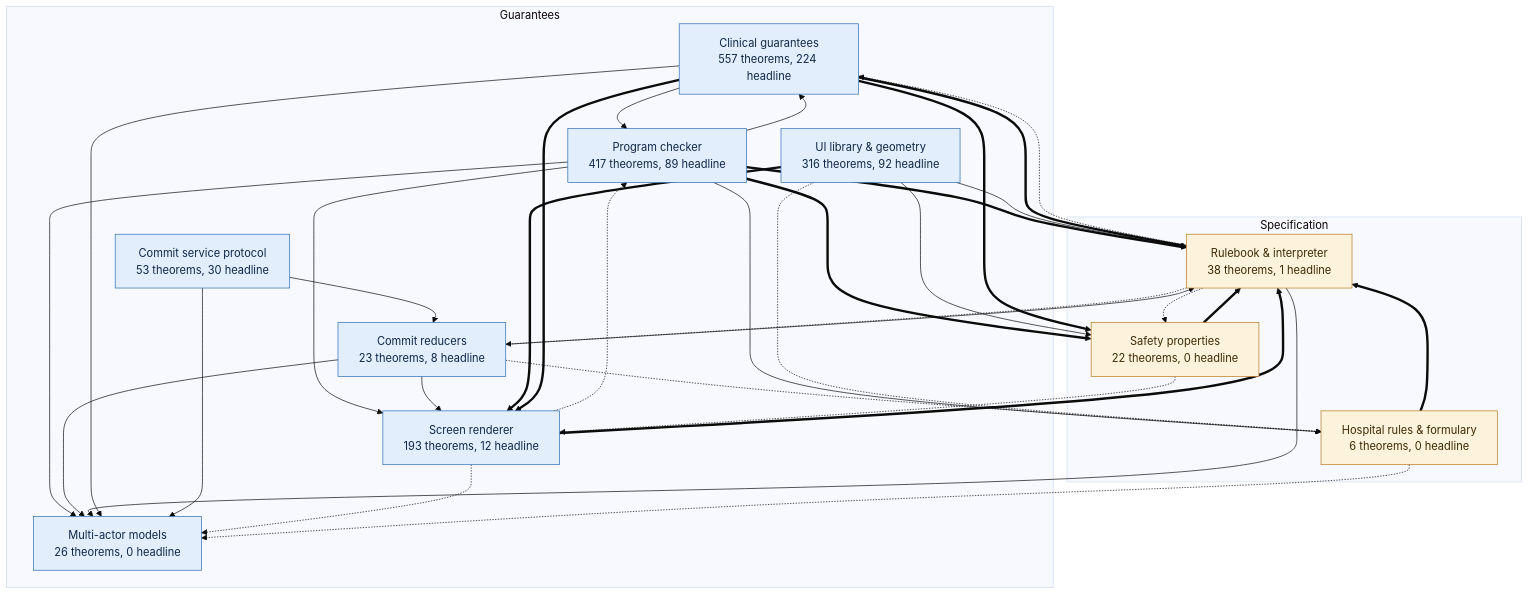
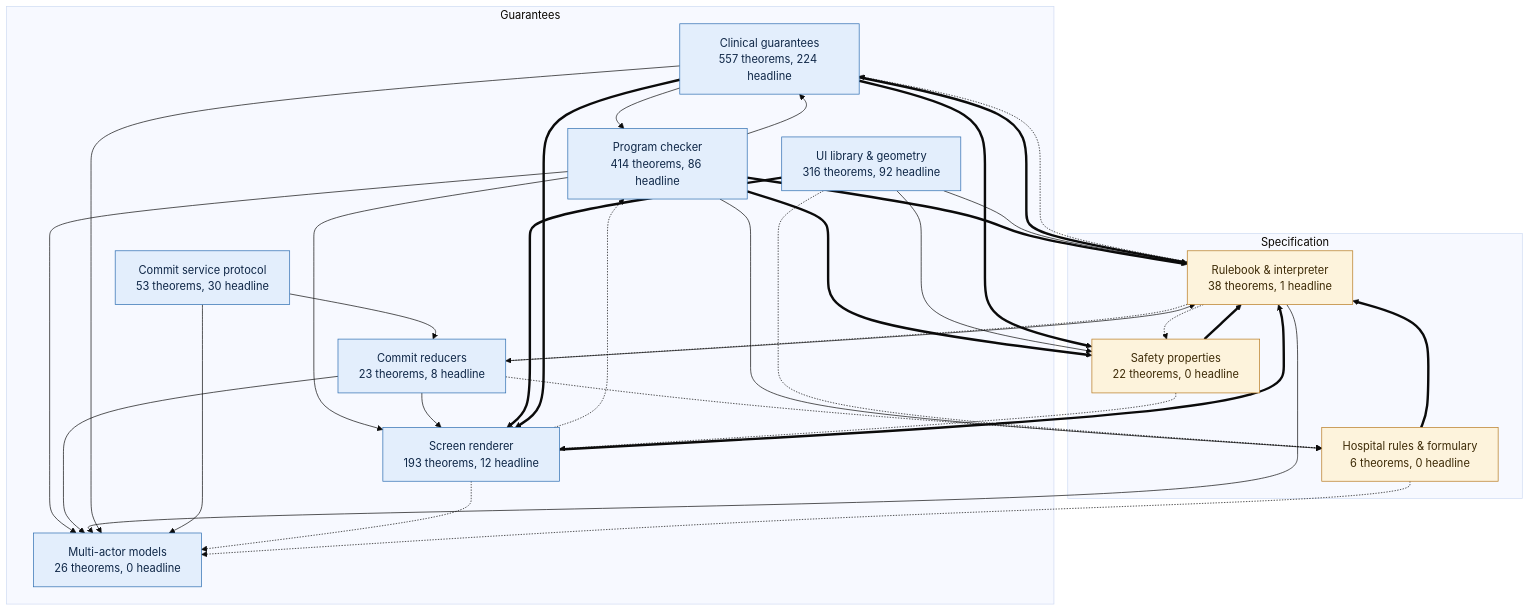
Before and after one commit to saithat/VGI-Health: the first of 10 diagrams in docs/proof-map.md, drawn with Mermaid (base theme). The commit also changed other lines of this file and 30 other files, not shown here.

````diff
--- a/docs/proof-map.md
+++ b/docs/proof-map.md
@@ -15,51 +15,51 @@
 ```mermaid
 flowchart TB
   subgraph guar_g["Guarantees"]
     proofs["Clinical guarantees<br/>557 theorems, 224 headline"]:::guar
-    check["Program checker<br/>417 theorems, 89 headline"]:::guar
+    check["Program checker<br/>414 theorems, 86 headline"]:::guar
     render["Screen renderer<br/>193 theorems, 12 headline"]:::guar
     layout["UI library &amp; geometry<br/>316 theorems, 92 headline"]:::guar
     commit["Commit reducers<br/>23 theorems, 8 headline"]:::guar
     protocol["Commit service protocol<br/>53 theorems, 30 headline"]:::guar
     multi["Multi-actor models<br/>26 theorems, 0 headline"]:::guar
   end
   subgraph spec_g["Specification"]
     core["Rulebook &amp; interpreter<br/>38 theorems, 1 headline"]:::spec
     props["Safety properties<br/>22 theorems, 0 headline"]:::spec
     specs["Hospital rules &amp; formulary<br/>6 theorems, 0 headline"]:::spec
   end
   check ==> core
   check --> multi
   check --> proofs
   check ==> props
   check --> render
   check --> specs
   commit --> core
   commit --> multi
   commit --> render
   commit -.-> specs
   core -.-> commit
   core --> multi
   core -.-> proofs
   core -.-> props
   layout --> core
   layout --> props
   layout ==> render
   layout -.-> specs
   proofs --> check
   proofs ==> core
   proofs --> multi
   proofs ==> props
   proofs ==> render
   props ==> core
   props -.-> render
   protocol --> commit
   protocol --> multi
   render -.-> check
   render ==> core
   render -.-> multi
   specs ==> core
   specs -.-> multi
   classDef spec fill:#fdf3dc,stroke:#b7791f,color:#3d2a06
   classDef guar fill:#e3eefc,stroke:#2b6cb0,color:#0f2747
 ```
````
